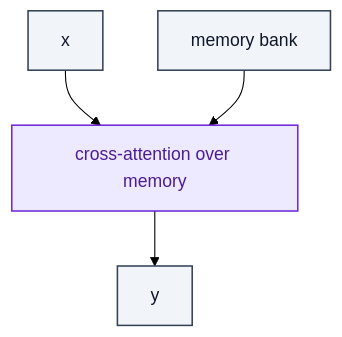
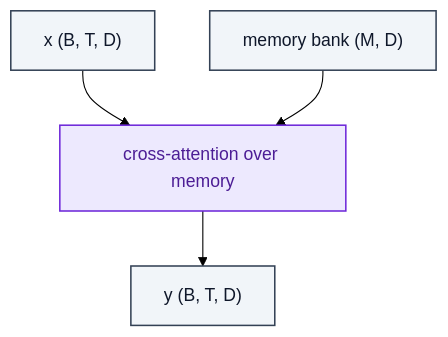
The diagram in multimodal/MemoryAttention.md (RealityShifts/Srivastava-book-of-Blocks-diagrams), drawn with Mermaid (forest theme) before and after one commit. The commit also changed 123 other files, not shown here.

````diff
--- a/multimodal/MemoryAttention.md
+++ b/multimodal/MemoryAttention.md
@@ -7,19 +7,20 @@
 ```mermaid
 flowchart TD
-    n0_0["x"]:::io
-    n0_1["memory bank"]:::io
+    n0_0["x  (B, T, D)"]:::io
+    n0_1["memory bank  (M, D)"]:::io
     n1_0["cross-attention over memory"]:::attn
-    n2_0["y"]:::io
+    n2_0["y  (B, T, D)"]:::io
     n0_0 --> n1_0
     n0_1 --> n1_0
     n1_0 --> n2_0
     classDef io fill:#f1f5f9,stroke:#334155,stroke-width:1.4px,color:#0f172a
     classDef op fill:#dbeafe,stroke:#1d4ed8,stroke-width:1.4px,color:#1e3a8a
     classDef norm fill:#dcfce7,stroke:#15803d,stroke-width:1.4px,color:#14532d
     classDef act fill:#ffedd5,stroke:#c2410c,stroke-width:1.4px,color:#7c2d12
     classDef attn fill:#ede9fe,stroke:#6d28d9,stroke-width:1.4px,color:#4c1d95
     classDef merge fill:#fef3c7,stroke:#b45309,stroke-width:1.4px,color:#78350f
     classDef emb fill:#fef9c3,stroke:#a16207,stroke-width:1.4px,color:#713f12
     classDef loss fill:#fee2e2,stroke:#b91c1c,stroke-width:1.4px,color:#7f1d1d
     classDef ctrl fill:#f5f5f4,stroke:#52525b,stroke-width:1.4px,color:#27272a
+    classDef ref fill:#e0f2fe,stroke:#0369a1,stroke-width:2px,color:#0c4a6e,stroke-dasharray: 4 2
 ```
````
